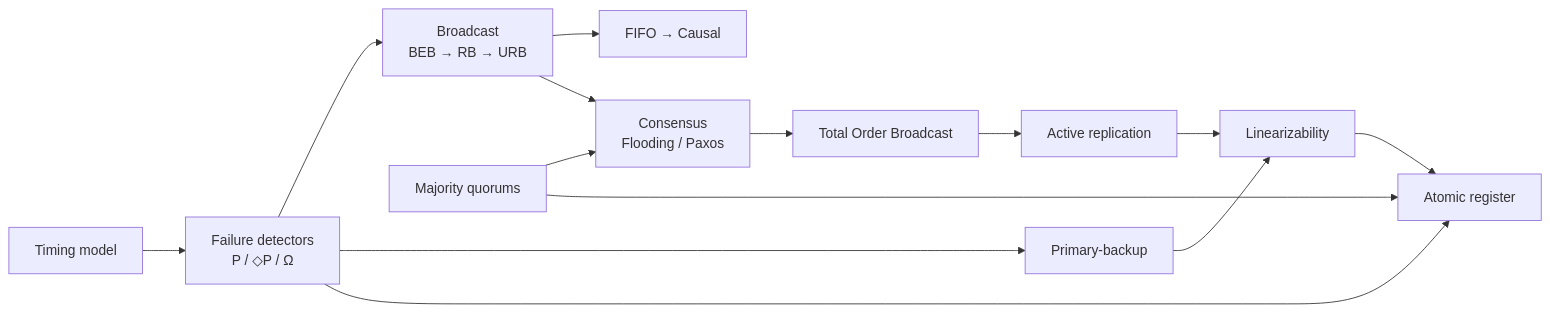
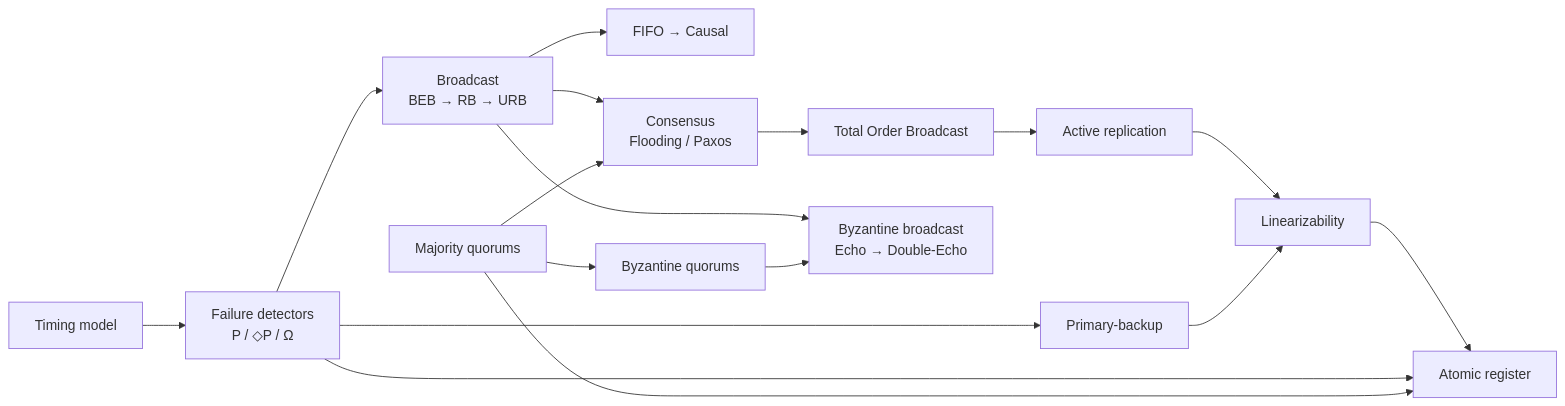
Before and after one commit to Armidon1/Obsidian-University: the diagram in University/Magistrale/DDS/1 part/Concetti/MOC - Dependable Distributed Systems.md, drawn with Mermaid. The commit also changed other lines of this file and 25 other files, not shown here.

Commit message:
update: appunti DDS (lezione 14 Byzantine Broadcast, concetti e MOC)

````diff
--- a/University/Magistrale/DDS/1 part/Concetti/MOC - Dependable Distributed Systems.md
+++ b/University/Magistrale/DDS/1 part/Concetti/MOC - Dependable Distributed Systems.md
@@ -74,16 +79,19 @@
 ```mermaid
 flowchart LR
     TM[Timing model] --> FD[Failure detectors<br/>P / ◇P / Ω]
     FD --> BC[Broadcast<br/>BEB → RB → URB]
     BC --> ORD[FIFO → Causal]
     BC --> CONS[Consensus<br/>Flooding / Paxos]
     CONS --> TOB[Total Order Broadcast]
     TOB --> REP[Active replication]
     FD --> PB[Primary-backup]
     REP --> LIN[Linearizability]
     PB --> LIN
     LIN --> REG[Atomic register]
     FD --> REG
     Q[Majority quorums] --> CONS
     Q --> REG
+    Q --> BQ[Byzantine quorums]
+    BC --> BYZ[Byzantine broadcast<br/>Echo → Double-Echo]
+    BQ --> BYZ
 ```
````
